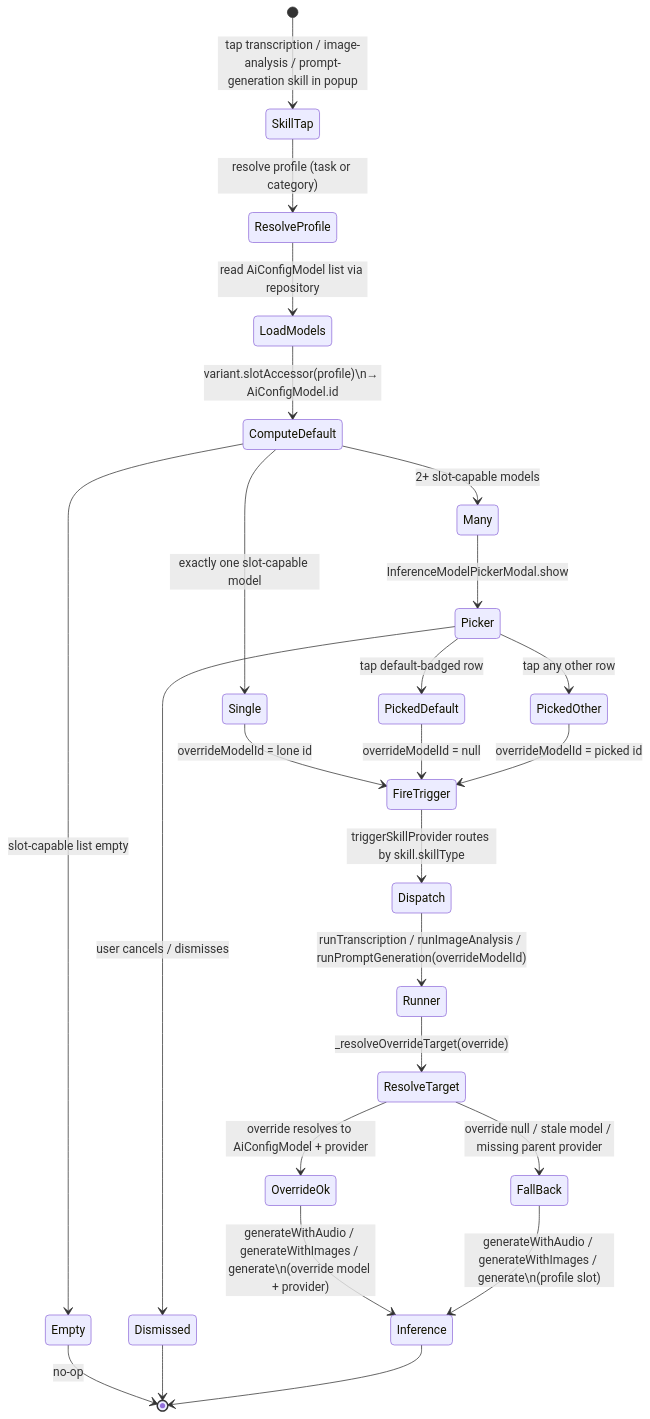
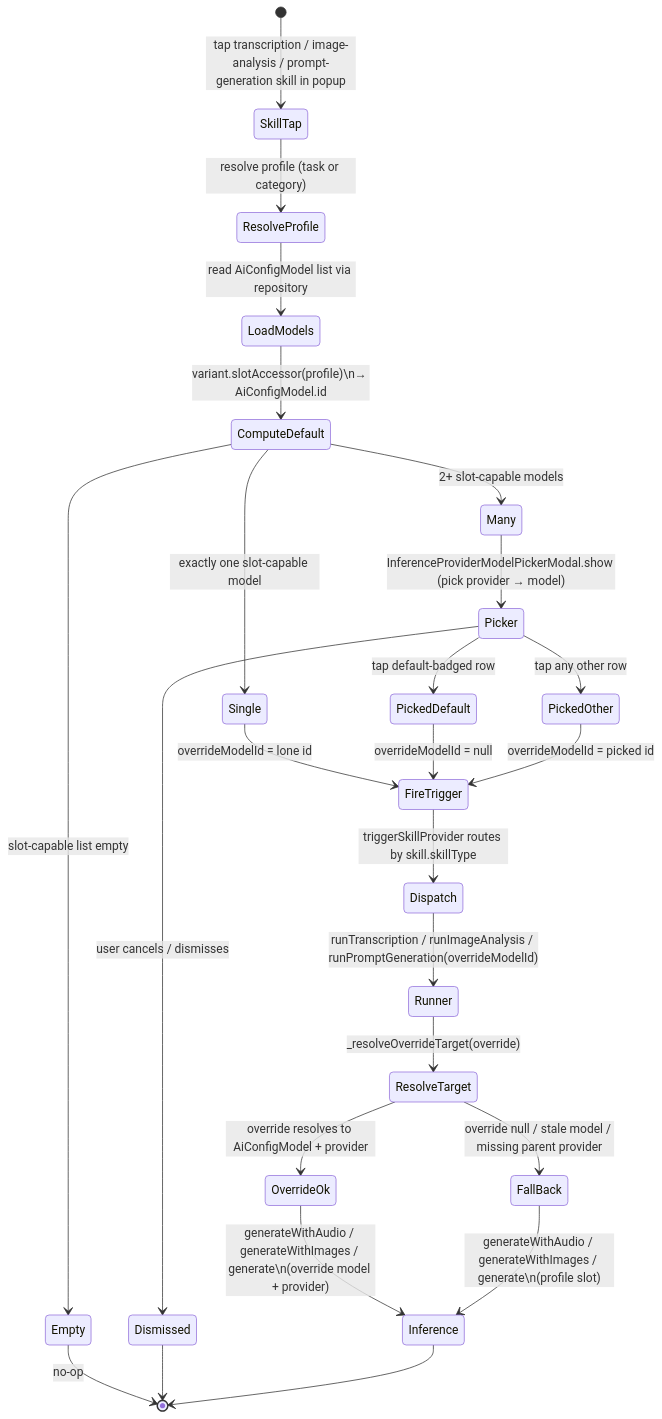
The sixth of 11 diagrams in lib/features/ai/README.md (matthiasn/lotti), drawn with Mermaid before and after one commit. The commit also changed other lines of this file and 32 other files, not shown here.

Commit message:
feat: improve inference picker (#3378)

````diff
--- a/lib/features/ai/README.md
+++ b/lib/features/ai/README.md
@@ -385,27 +385,27 @@
 ```mermaid
 stateDiagram-v2
   [*] --> SkillTap: tap transcription / image-analysis / prompt-generation skill in popup
   SkillTap --> ResolveProfile: resolve profile (task or category)
   ResolveProfile --> LoadModels: read AiConfigModel list via repository
   LoadModels --> ComputeDefault: variant.slotAccessor(profile)\n→ AiConfigModel.id
   ComputeDefault --> Empty: slot-capable list empty
   ComputeDefault --> Single: exactly one slot-capable model
   ComputeDefault --> Many: 2+ slot-capable models
   Empty --> [*]: no-op
   Single --> FireTrigger: overrideModelId = lone id
-  Many --> Picker: InferenceModelPickerModal.show
+  Many --> Picker: InferenceProviderModelPickerModal.show (pick provider → model)
   Picker --> Dismissed: user cancels / dismisses
   Picker --> PickedDefault: tap default-badged row
   Picker --> PickedOther: tap any other row
   Dismissed --> [*]
   PickedDefault --> FireTrigger: overrideModelId = null
   PickedOther --> FireTrigger: overrideModelId = picked id
   FireTrigger --> Dispatch: triggerSkillProvider routes by skill.skillType
   Dispatch --> Runner: runTranscription / runImageAnalysis / runPromptGeneration(overrideModelId)
   Runner --> ResolveTarget: _resolveOverrideTarget(override)
   ResolveTarget --> OverrideOk: override resolves to AiConfigModel + provider
   ResolveTarget --> FallBack: override null / stale model / missing parent provider
   OverrideOk --> Inference: generateWithAudio / generateWithImages / generate\n(override model + provider)
   FallBack --> Inference: generateWithAudio / generateWithImages / generate\n(profile slot)
   Inference --> [*]
 ```
````
